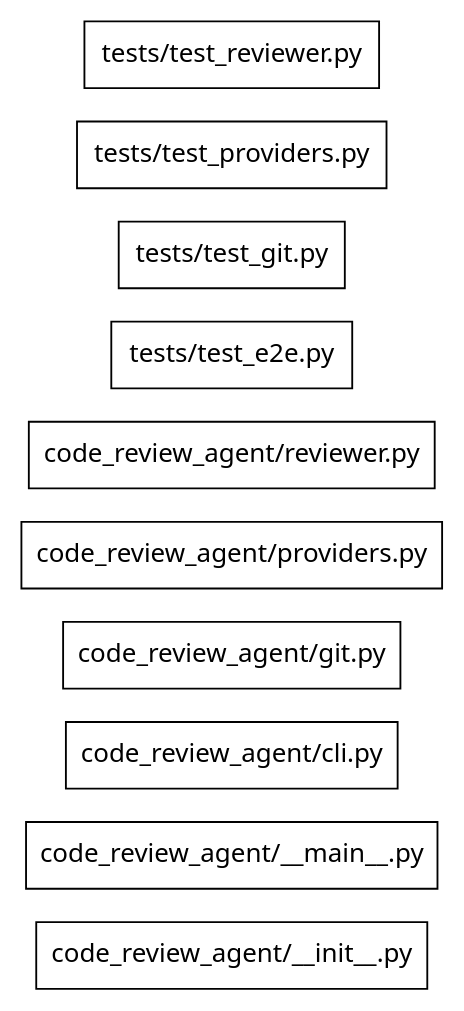
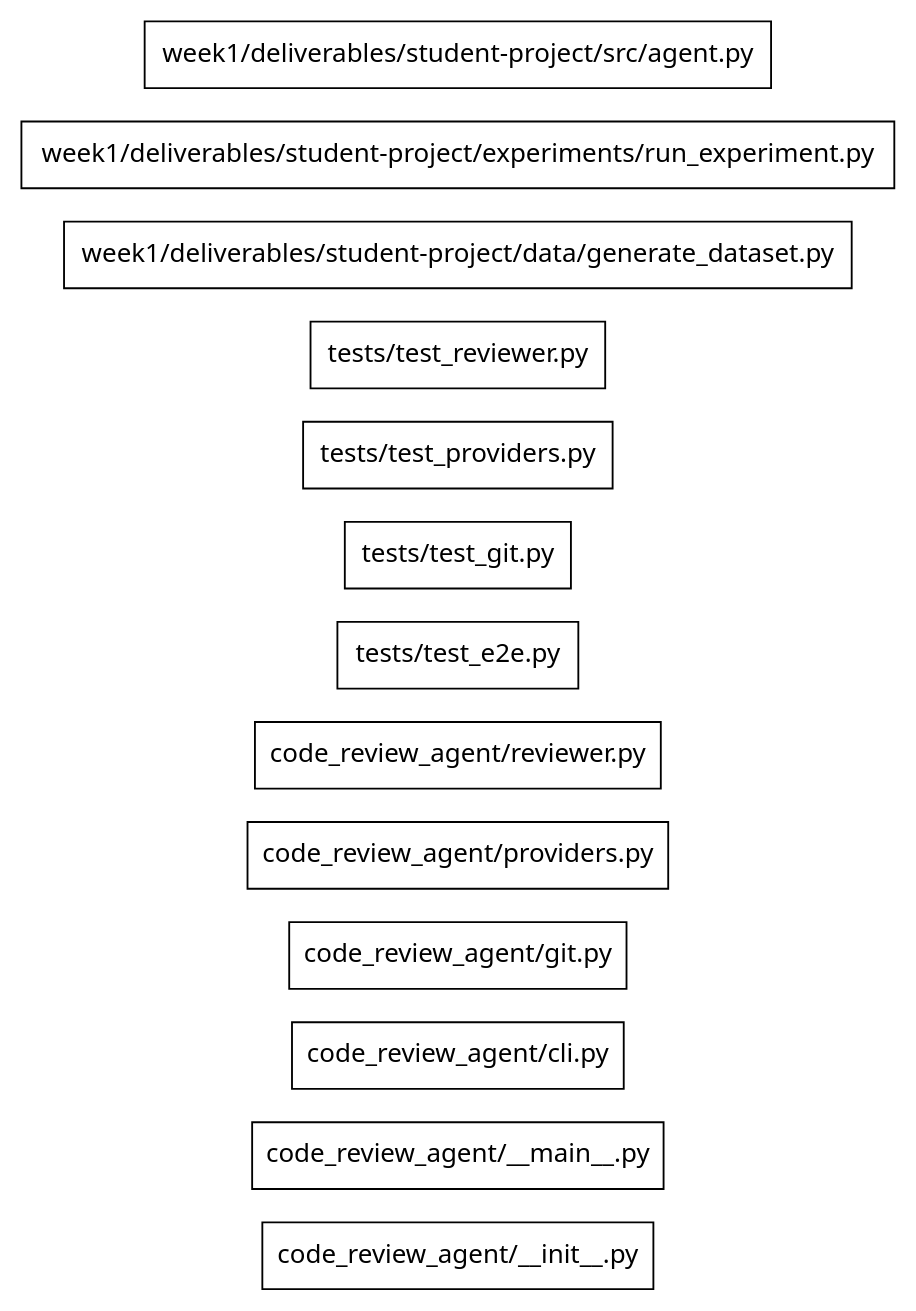
One commit to yaxhdixit/Code-Review-Agent changed the diagram in .genesis/index/graph.dot. Above: the diagram before and after it, drawn with Graphviz. The commit also changed 22 other files, not shown here.

Commit message:
feat(week1): complete all deliverables for AI-native shipping sprint

```diff
--- a/.genesis/index/graph.dot
+++ b/.genesis/index/graph.dot
@@ -1,15 +1,18 @@
 digraph genesis {
   rankdir=LR;
   node [shape=box,fontname="system-ui"];
   "file:code_review_agent/__init__.py" [label="code_review_agent/__init__.py",class="file"];
   "file:code_review_agent/__main__.py" [label="code_review_agent/__main__.py",class="file"];
   "file:code_review_agent/cli.py" [label="code_review_agent/cli.py",class="file"];
   "file:code_review_agent/git.py" [label="code_review_agent/git.py",class="file"];
   "file:code_review_agent/providers.py" [label="code_review_agent/providers.py",class="file"];
   "file:code_review_agent/reviewer.py" [label="code_review_agent/reviewer.py",class="file"];
   "file:tests/test_e2e.py" [label="tests/test_e2e.py",class="file"];
   "file:tests/test_git.py" [label="tests/test_git.py",class="file"];
   "file:tests/test_providers.py" [label="tests/test_providers.py",class="file"];
   "file:tests/test_reviewer.py" [label="tests/test_reviewer.py",class="file"];
+  "file:week1/deliverables/student-project/data/generate_dataset.py" [label="week1/deliverables/student-project/data/generate_dataset.py",class="file"];
+  "file:week1/deliverables/student-project/experiments/run_experiment.py" [label="week1/deliverables/student-project/experiments/run_experiment.py",class="file"];
+  "file:week1/deliverables/student-project/src/agent.py" [label="week1/deliverables/student-project/src/agent.py",class="file"];
 
 }
```
